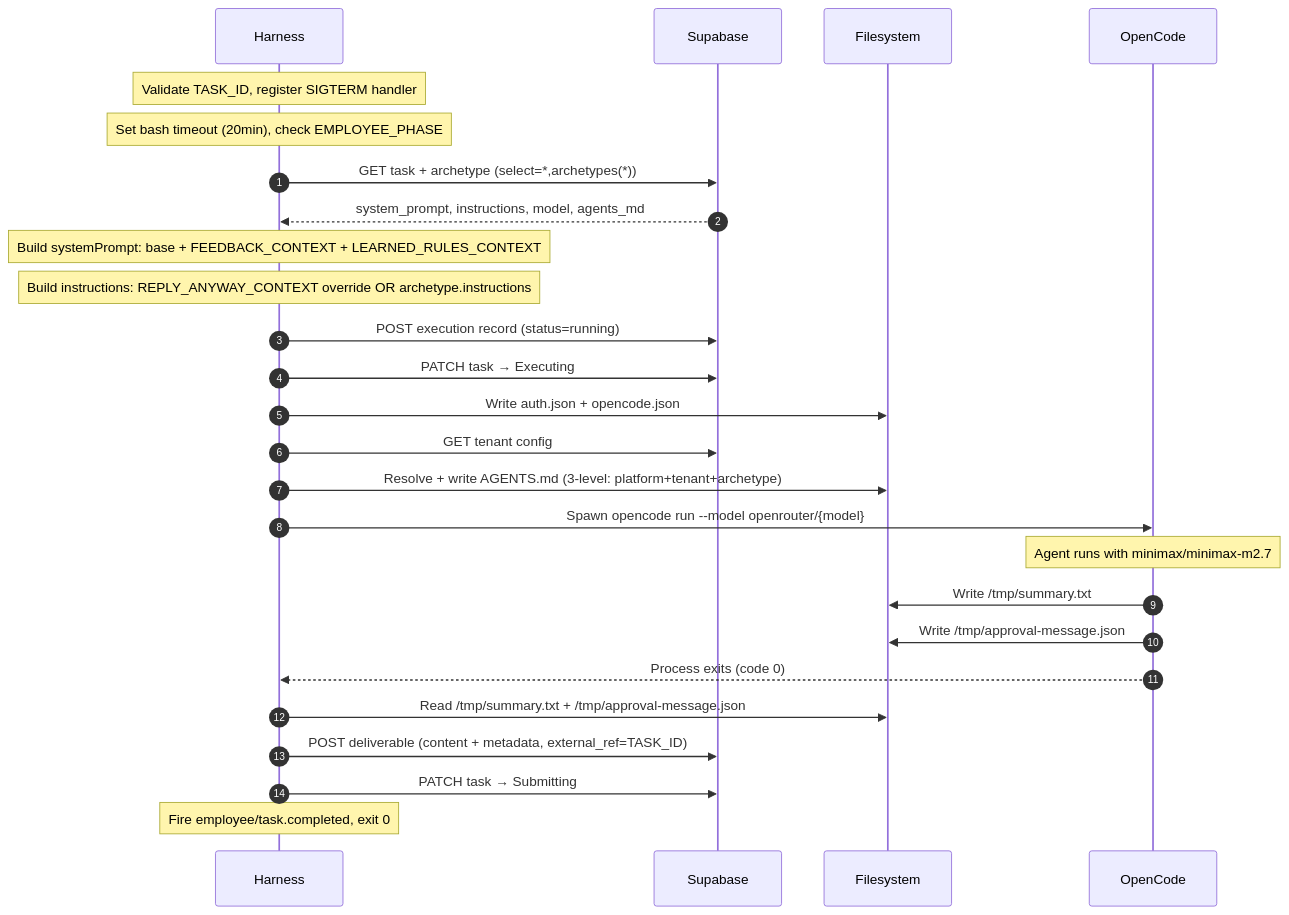
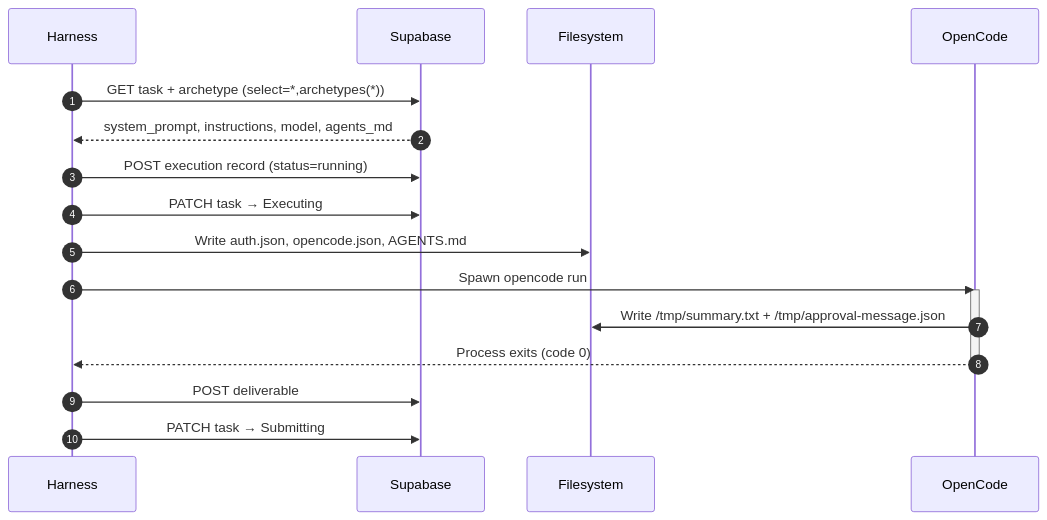
One commit to viiqswim/dozaldevs-ai-employee changed the third of 5 diagrams in docs/2026-04-29-2255-current-system-state.md. Above: the diagram before and after it, drawn with Mermaid. The commit also changed other lines of this file, not shown here.

Commit message:
docs: redesign mermaid diagrams in system state snapshot for clarity

````diff
--- a/docs/2026-04-29-2255-current-system-state.md
+++ b/docs/2026-04-29-2255-current-system-state.md
@@ -319,29 +292,21 @@
 ```mermaid
 sequenceDiagram
     autonumber
     participant H as Harness
     participant S as Supabase
     participant FS as Filesystem
     participant OC as OpenCode
 
-    Note over H: Validate TASK_ID, register SIGTERM handler
-    Note over H: Set bash timeout (20min), check EMPLOYEE_PHASE
     H->>S: GET task + archetype (select=*,archetypes(*))
     S-->>H: system_prompt, instructions, model, agents_md
-    Note over H: Build systemPrompt: base + FEEDBACK_CONTEXT + LEARNED_RULES_CONTEXT
-    Note over H: Build instructions: REPLY_ANYWAY_CONTEXT override OR archetype.instructions
     H->>S: POST execution record (status=running)
     H->>S: PATCH task → Executing
-    H->>FS: Write auth.json + opencode.json
-    H->>S: GET tenant config
-    H->>FS: Resolve + write AGENTS.md (3-level: platform+tenant+archetype)
-    H->>OC: Spawn opencode run --model openrouter/{model}
-    Note over OC: Agent runs with minimax/minimax-m2.7
-    OC->>FS: Write /tmp/summary.txt
-    OC->>FS: Write /tmp/approval-message.json
+    H->>FS: Write auth.json, opencode.json, AGENTS.md
+    H->>OC: Spawn opencode run
+    activate OC
+    OC->>FS: Write /tmp/summary.txt + /tmp/approval-message.json
     OC-->>H: Process exits (code 0)
-    H->>FS: Read /tmp/summary.txt + /tmp/approval-message.json
-    H->>S: POST deliverable (content + metadata, external_ref=TASK_ID)
+    deactivate OC
+    H->>S: POST deliverable
     H->>S: PATCH task → Submitting
-    Note over H: Fire employee/task.completed, exit 0
 ```
````
